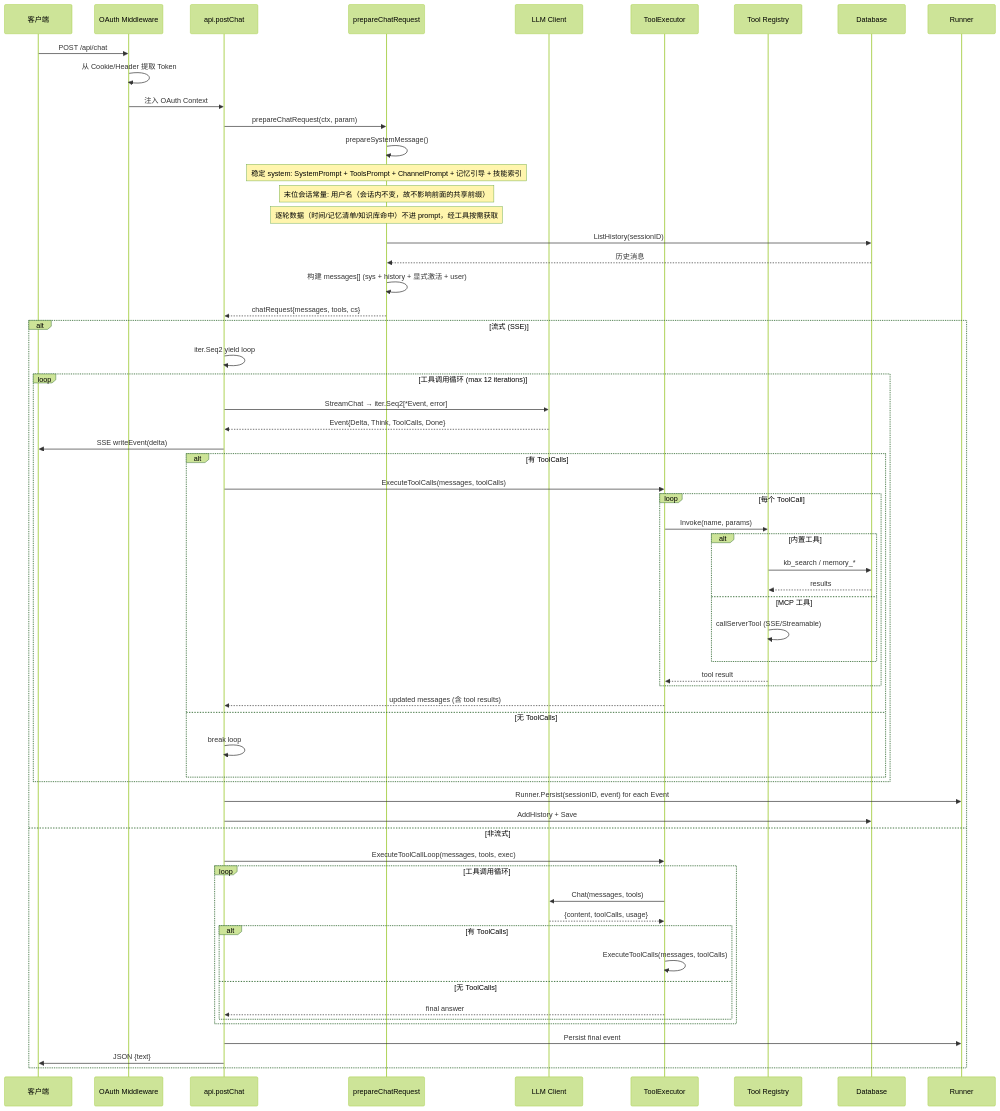
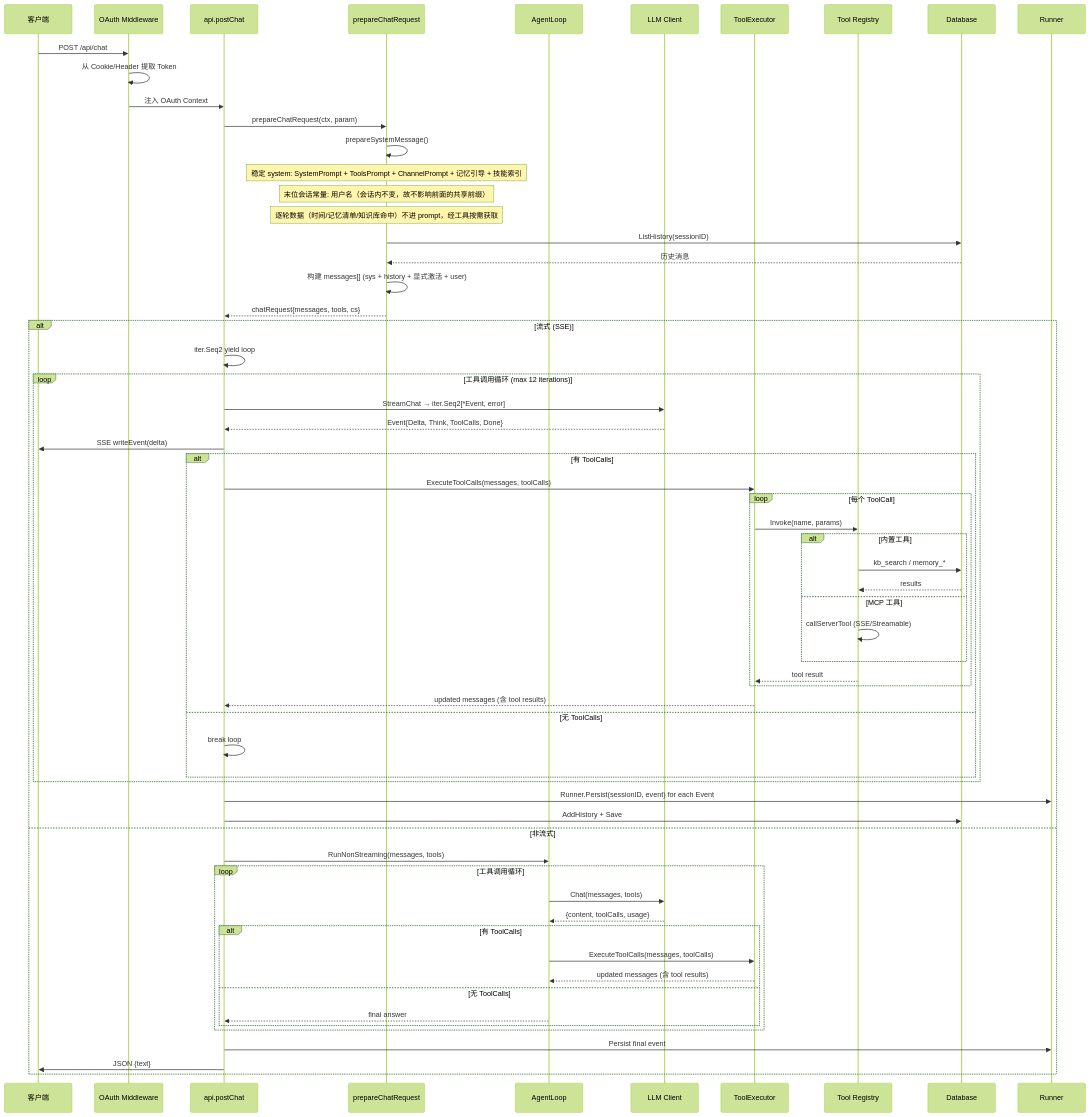
Before and after one commit to liut/morign: the second of 7 diagrams in docs/WORKFLOWS.md, drawn with Mermaid (forest theme). The commit also changed other lines of this file and 11 other files, not shown here.

First line of the commit message:
fix(agent): 保证每个 tool_call 都有配对的 tool result

````diff
--- a/docs/WORKFLOWS.md
+++ b/docs/WORKFLOWS.md
@@ -21,66 +21,68 @@
 ```mermaid
 sequenceDiagram
     participant Client as 客户端
     participant MW as OAuth Middleware
     participant API as api.postChat
     participant Prep as prepareChatRequest
+    participant AL as AgentLoop
     participant LLM as LLM Client
     participant TE as ToolExecutor
     participant TR as Tool Registry
     participant DB as Database
 
     Client->>MW: POST /api/chat
     MW->>MW: 从 Cookie/Header 提取 Token
     MW->>API: 注入 OAuth Context
 
     API->>Prep: prepareChatRequest(ctx, param)
     Prep->>Prep: prepareSystemMessage()
     Note over Prep: 稳定 system: SystemPrompt + ToolsPrompt + ChannelPrompt + 记忆引导 + 技能索引
     Note over Prep: 末位会话常量: 用户名（会话内不变，故不影响前面的共享前缀）
     Note over Prep: 逐轮数据（时间/记忆清单/知识库命中）不进 prompt，经工具按需获取
 
     Prep->>DB: ListHistory(sessionID)
     DB-->>Prep: 历史消息
     Prep->>Prep: 构建 messages[] (sys + history + 显式激活 + user)
     Prep-->>API: chatRequest{messages, tools, cs}
 
     alt 流式 (SSE)
         API->>API: iter.Seq2 yield loop
         loop 工具调用循环 (max 12 iterations)
             API->>LLM: StreamChat → iter.Seq2[*Event, error]
             LLM-->>API: Event{Delta, Think, ToolCalls, Done}
             API->>Client: SSE writeEvent(delta)
             alt 有 ToolCalls
                 API->>TE: ExecuteToolCalls(messages, toolCalls)
                 loop 每个 ToolCall
                     TE->>TR: Invoke(name, params)
                     alt 内置工具
                         TR->>DB: kb_search / memory_*
                         DB-->>TR: results
                     else MCP 工具
                         TR->>TR: callServerTool (SSE/Streamable)
                     end
                     TR-->>TE: tool result
                 end
                 TE-->>API: updated messages (含 tool results)
             else 无 ToolCalls
                 API->>API: break loop
             end
         end
         API->>Runner: Runner.Persist(sessionID, event) for each Event
         API->>DB: AddHistory + Save
     else 非流式
-        API->>TE: ExecuteToolCallLoop(messages, tools, exec)
+        API->>AL: RunNonStreaming(messages, tools)
         loop 工具调用循环
-            TE->>LLM: Chat(messages, tools)
-            LLM-->>TE: {content, toolCalls, usage}
+            AL->>LLM: Chat(messages, tools)
+            LLM-->>AL: {content, toolCalls, usage}
             alt 有 ToolCalls
-                TE->>TE: ExecuteToolCalls(messages, toolCalls)
+                AL->>TE: ExecuteToolCalls(messages, toolCalls)
+                TE-->>AL: updated messages (含 tool results)
             else 无 ToolCalls
-                TE-->>API: final answer
+                AL-->>API: final answer
             end
         end
         API->>Runner: Persist final event
         API->>Client: JSON {text}
     end
 ```
````
